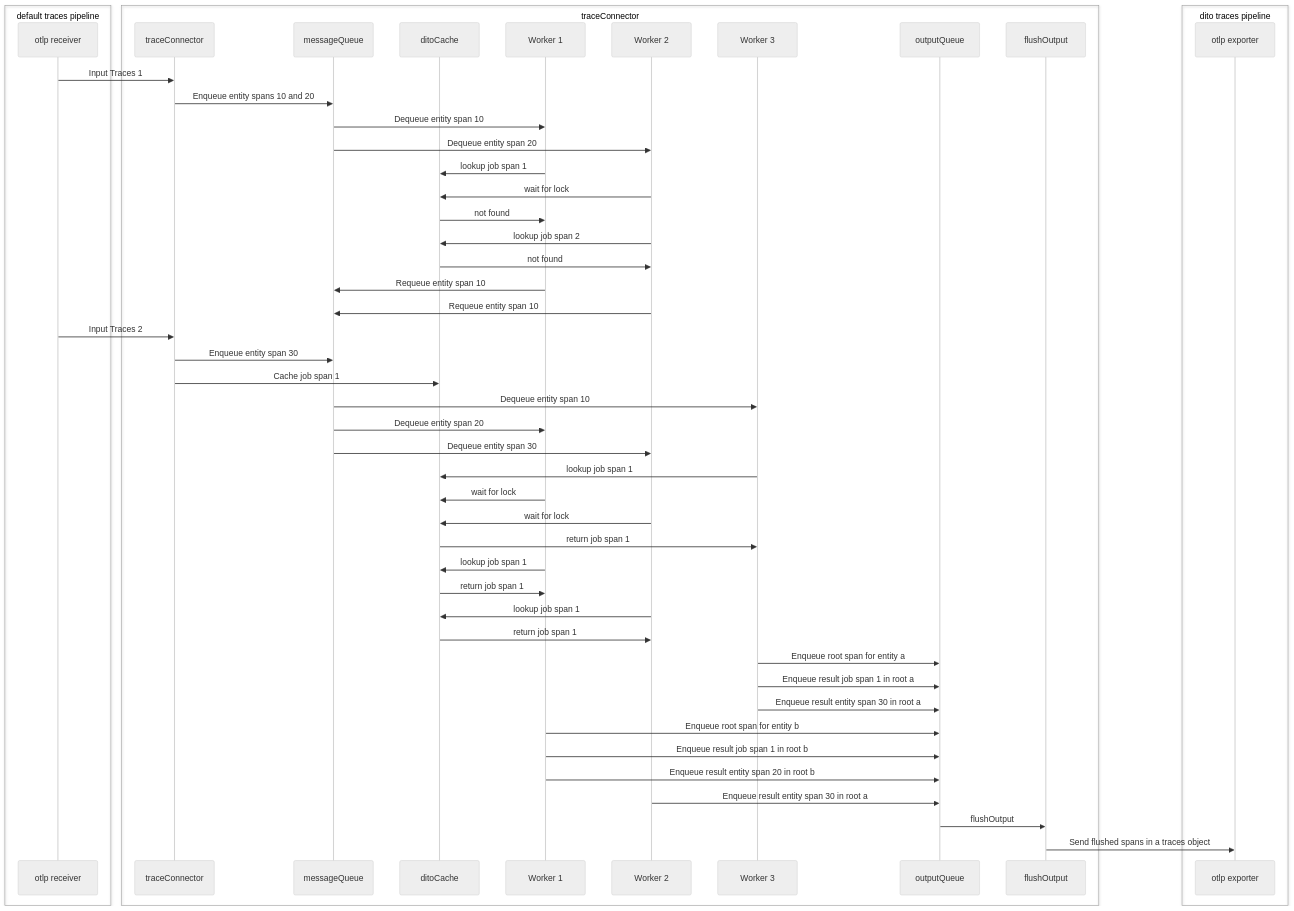
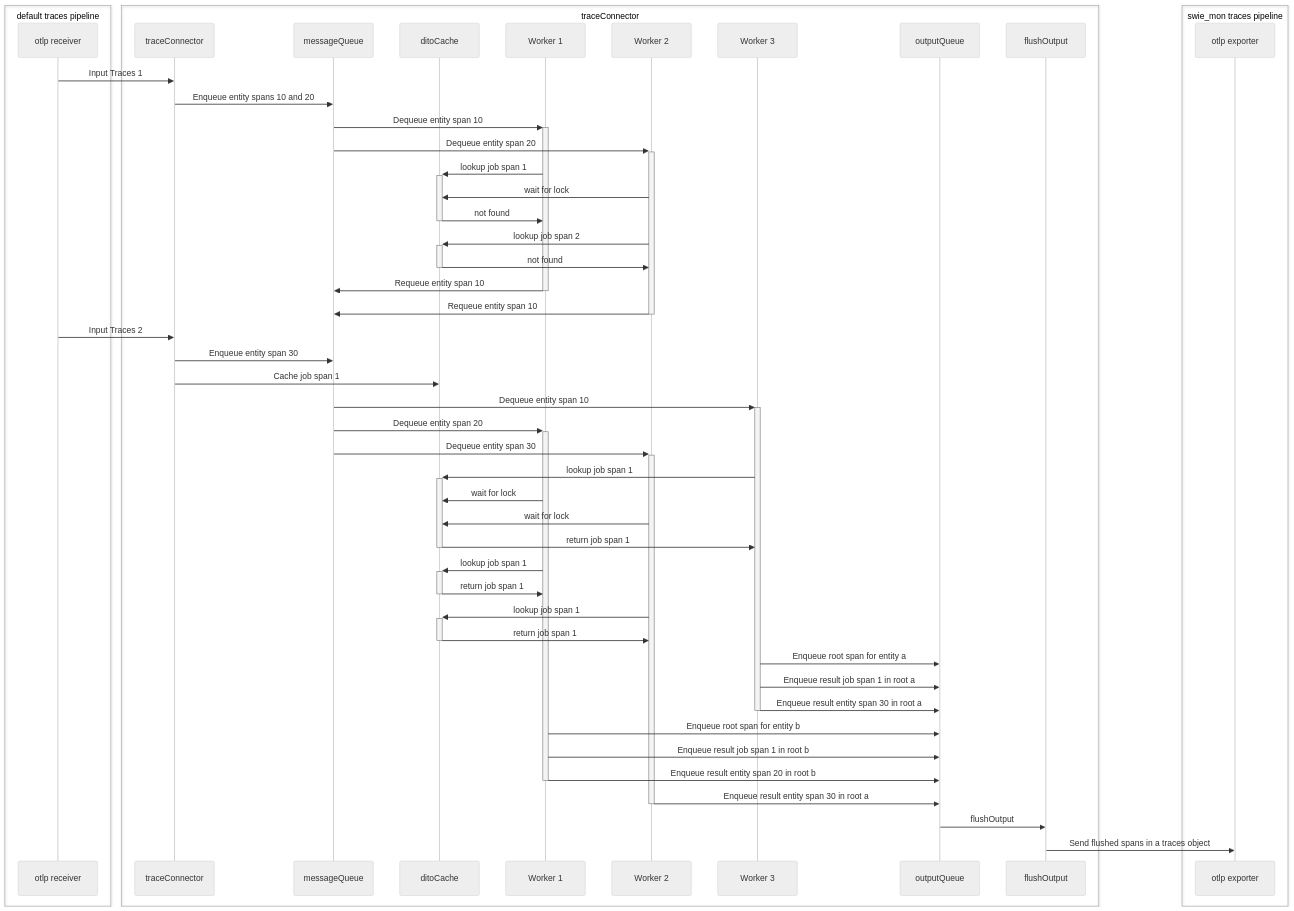
Before and after one commit to Xoechz/DITO: the diagram in ReadMe.md, drawn with Mermaid (neutral theme).

Commit message:
improved the sequencediagram in the readme

````diff
--- a/ReadMe.md
+++ b/ReadMe.md
@@ -184,59 +184,59 @@
-```mermaid
+:::mermaid
 sequenceDiagram
 box default traces pipeline
 participant dr as otlp receiver
 end
 box traceConnector
 participant tc as traceConnector
 participant tm as messageQueue
 participant tsc as ditoCache
 participant t1 as Worker 1
 participant t2 as Worker 2
 participant t3 as Worker 3
 participant to as outputQueue
 participant tf as flushOutput
 end
-box dito traces pipeline
+box swie_mon traces pipeline
 participant te as otlp exporter
 end
 
 dr->>tc: Input Traces 1
 tc->>tm: Enqueue entity spans 10 and 20
-tm->>t1: Dequeue entity span 10
-tm->>t2: Dequeue entity span 20
-t1->>tsc: lookup job span 1
+tm->>+t1: Dequeue entity span 10
+tm->>+t2: Dequeue entity span 20
+t1->>+tsc: lookup job span 1
 t2->>tsc: wait for lock
-tsc->>t1: not found
-t2->>tsc: lookup job span 2
-tsc->>t2: not found
-t1->>tm: Requeue entity span 10
-t2->>tm: Requeue entity span 10
+tsc->>-t1: not found
+t2->>+tsc: lookup job span 2
+tsc->>-t2: not found
+t1->>-tm: Requeue entity span 10
+t2->>-tm: Requeue entity span 10
 
 dr->>tc: Input Traces 2
 tc->>tm: Enqueue entity span 30
 tc->>tsc: Cache job span 1
 
-tm->>t3: Dequeue entity span 10
-tm->>t1: Dequeue entity span 20
-tm->>t2: Dequeue entity span 30
-t3->>tsc: lookup job span 1
+tm->>+t3: Dequeue entity span 10
+tm->>+t1: Dequeue entity span 20
+tm->>+t2: Dequeue entity span 30
+t3->>+tsc: lookup job span 1
 t1->>tsc: wait for lock
 t2->>tsc: wait for lock
-tsc->>t3: return job span 1
-t1->>tsc: lookup job span 1
-tsc->>t1: return job span 1
-t2->>tsc: lookup job span 1
-tsc->>t2: return job span 1
+tsc->>-t3: return job span 1
+t1->>+tsc: lookup job span 1
+tsc->>-t1: return job span 1
+t2->>+tsc: lookup job span 1
+tsc->>-t2: return job span 1
 
 t3->>to: Enqueue root span for entity a
 t3->>to: Enqueue result job span 1 in root a
-t3->>to: Enqueue result entity span 30 in root a
+t3->>-to: Enqueue result entity span 30 in root a
 
 t1->>to: Enqueue root span for entity b
 t1->>to: Enqueue result job span 1 in root b
-t1->>to: Enqueue result entity span 20 in root b
+t1->>-to: Enqueue result entity span 20 in root b
 
-t2->>to: Enqueue result entity span 30 in root a
+t2->>-to: Enqueue result entity span 30 in root a
 to->>tf: flushOutput
 tf->>te: Send flushed spans in a traces object
-```
+:::
````
